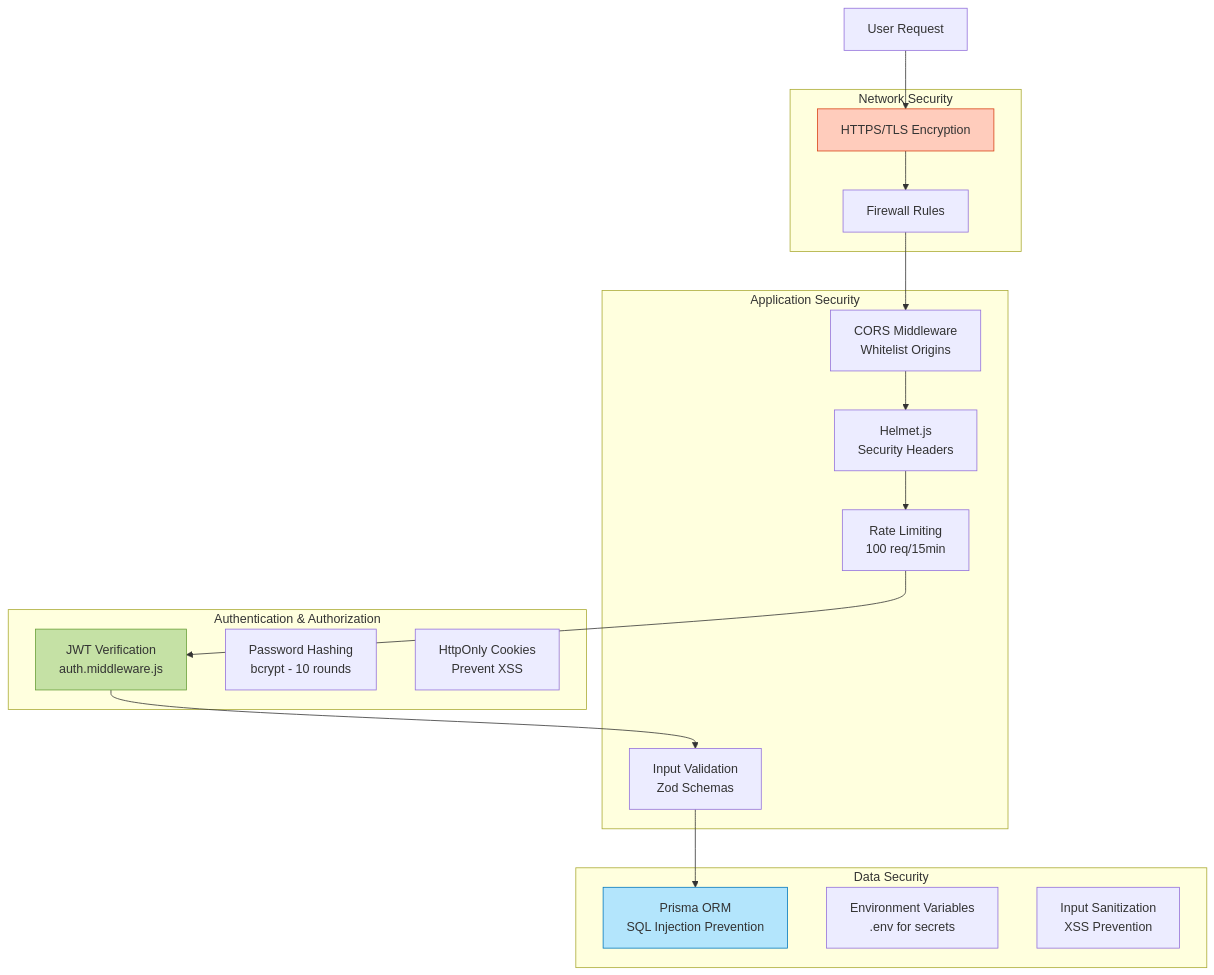
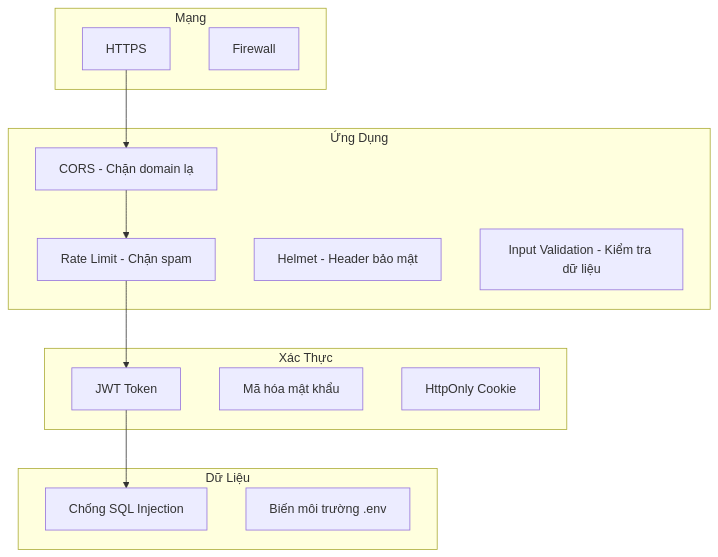
Before and after one commit to Doggie-H/Dana-Travel: diagram 11 of 14 in docs/ARCHITECTURE.md, drawn with Mermaid. The commit also changed other lines of this file and 2863 other files, not shown here.

Commit message:
docs: Add initial architecture documentation covering system overview, design principles, and detailed data flow diagrams.

````diff
--- a/docs/ARCHITECTURE.md
+++ b/docs/ARCHITECTURE.md
@@ -797,39 +538,30 @@
 ```mermaid
 graph TB
-    subgraph "Network Security"
-        HTTPS[HTTPS/TLS Encryption]
-        FIREWALL[Firewall Rules]
+    subgraph "Mạng"
+        L1[HTTPS]
+        L2[Firewall]
     end
     
-    subgraph "Application Security"
-        CORS[CORS Middleware<br/>Whitelist Origins]
-        RATE[Rate Limiting<br/>100 req/15min]
-        HELMET[Helmet.js<br/>Security Headers]
-        INPUT[Input Validation<br/>Zod Schemas]
+    subgraph "Ứng Dụng"
+        L3[CORS - Chặn domain lạ]
+        L4[Rate Limit - Chặn spam]
+        L5[Helmet - Header bảo mật]
+        L6[Input Validation - Kiểm tra dữ liệu]
     end
     
-    subgraph "Authentication & Authorization"
-        JWT_AUTH[JWT Verification<br/>auth.middleware.js]
-        BCRYPT[Password Hashing<br/>bcrypt - 10 rounds]
-        COOKIE[HttpOnly Cookies<br/>Prevent XSS]
+    subgraph "Xác Thực"
+        L7[JWT Token]
+        L8[Mã hóa mật khẩu]
+        L9[HttpOnly Cookie]
     end
     
-    subgraph "Data Security"
-        PRISMA_ORM[Prisma ORM<br/>SQL Injection Prevention]
-        ENV[Environment Variables<br/>.env for secrets]
-        SANITIZE[Input Sanitization<br/>XSS Prevention]
+    subgraph "Dữ Liệu"
+        L10[Chống SQL Injection]
+        L11[Biến môi trường .env]
     end
     
-    USER[User Request] --> HTTPS
-    HTTPS --> FIREWALL
-    FIREWALL --> CORS
-    CORS --> HELMET
-    HELMET --> RATE
-    RATE --> JWT_AUTH
-    JWT_AUTH --> INPUT
-    INPUT --> PRISMA_ORM
-    
-    style HTTPS fill:#ffccbc,stroke:#d84315
-    style JWT_AUTH fill:#c5e1a5,stroke:#689f38
-    style PRISMA_ORM fill:#b3e5fc,stroke:#0277bd
+    L1 --> L3
+    L3 --> L4
+    L4 --> L7
+    L7 --> L10
 ```
````
